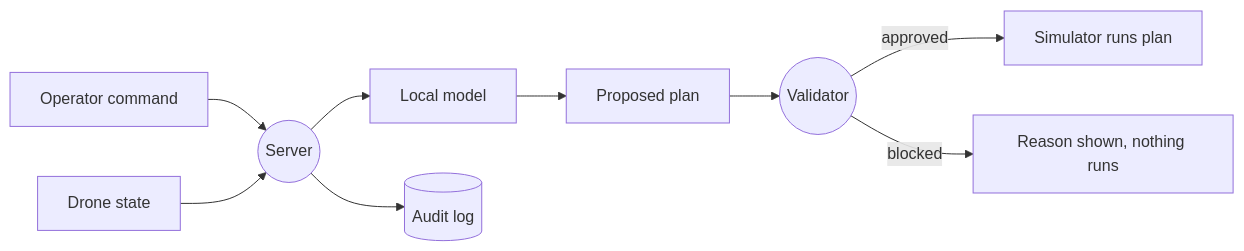
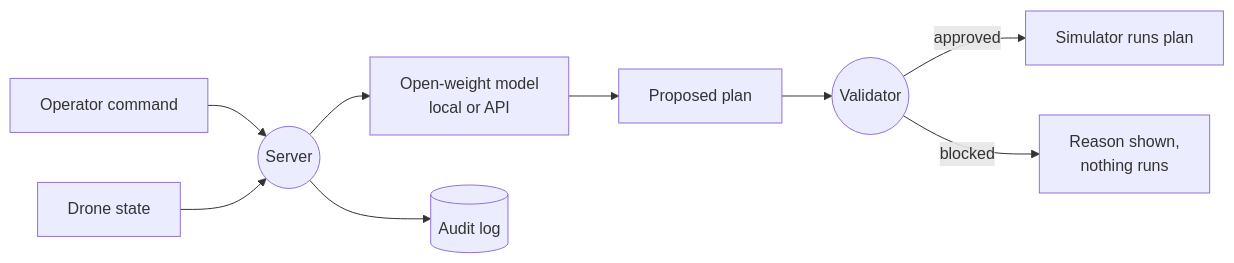
One commit to hamza-x82ik/Drone changed the second of 3 diagrams in README.md. Above: the diagram before and after it, drawn with Mermaid. The commit also changed other lines of this file, not shown here.

````diff
--- a/README.md
+++ b/README.md
@@ -159,11 +194,11 @@
 ```mermaid
 flowchart LR
   C[Operator command] --> S((Server))
   ST[Drone state] --> S
-  S --> M[Local model]
+  S --> M["Open-weight model<br/>local or API"]
   M --> PL[Proposed plan]
   PL --> V((Validator))
   V -->|approved| R[Simulator runs plan]
-  V -->|blocked| X[Reason shown, nothing runs]
-  S --> LOG[(Audit log)]
+  V -->|blocked| X["Reason shown,<br/>nothing runs"]
+  S --> LOG[("Audit log")]
 ```
````
